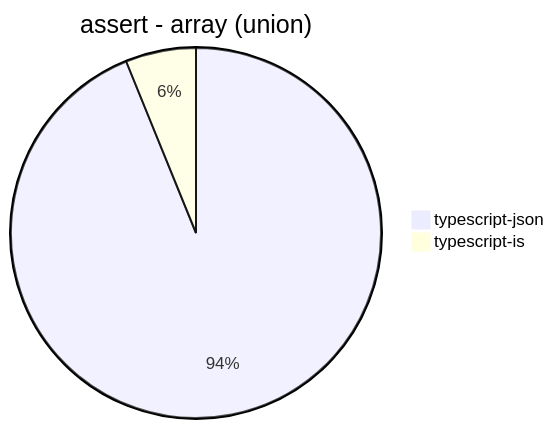
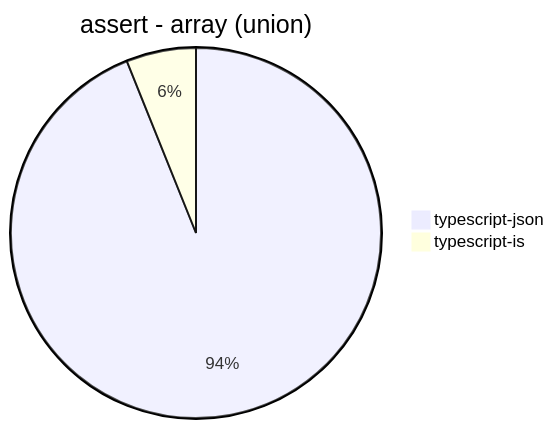
Before and after one commit to neklan1205/typescript-json: the fifth of 30 diagrams in benchmark/results/Intel(R) Core(TM) i7-6700 CPU @ 3.40GHz.md, drawn with Mermaid. The commit also changed other lines of this file, not shown here.

````diff
--- a/benchmark/results/Intel(R) Core(TM) i7-6700 CPU @ 3.40GHz.md
+++ b/benchmark/results/Intel(R) Core(TM) i7-6700 CPU @ 3.40GHz.md
@@ -46,5 +46,5 @@
 ```mermaid
 pie title assert - array (union)
-  "typescript-json": 2323.7410071942445
-  "typescript-is": 152.34089246525238
+  "typescript-json": 2339.1660461653014
+  "typescript-is": 151.71790235081374
 ```
````
